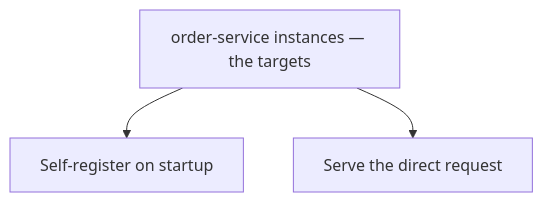
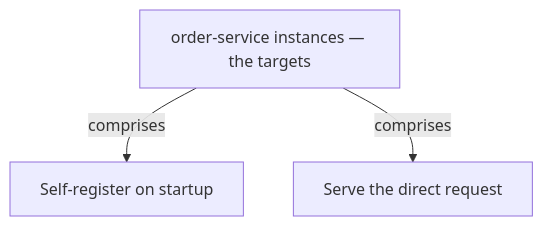
One commit to vinayakuber/microservices-io-study-guide changed the seventh of 13 diagrams in docs/ch09-client-side-discovery.md. Above: the diagram before and after it, drawn with Mermaid. The commit also changed other lines of this file and 71 other files, not shown here.

First line of the commit message:
R18: label every diagram arrow with its meaning

````diff
--- a/docs/ch09-client-side-discovery.md
+++ b/docs/ch09-client-side-discovery.md
@@ -257,6 +257,6 @@
 ```mermaid
 flowchart TD
   R["order-service instances — the targets"]
-  R --> P0["Self-register on startup"]
-  R --> P1["Serve the direct request"]
+  R -->|"comprises"| P0["Self-register on startup"]
+  R -->|"comprises"| P1["Serve the direct request"]
 ```
````
